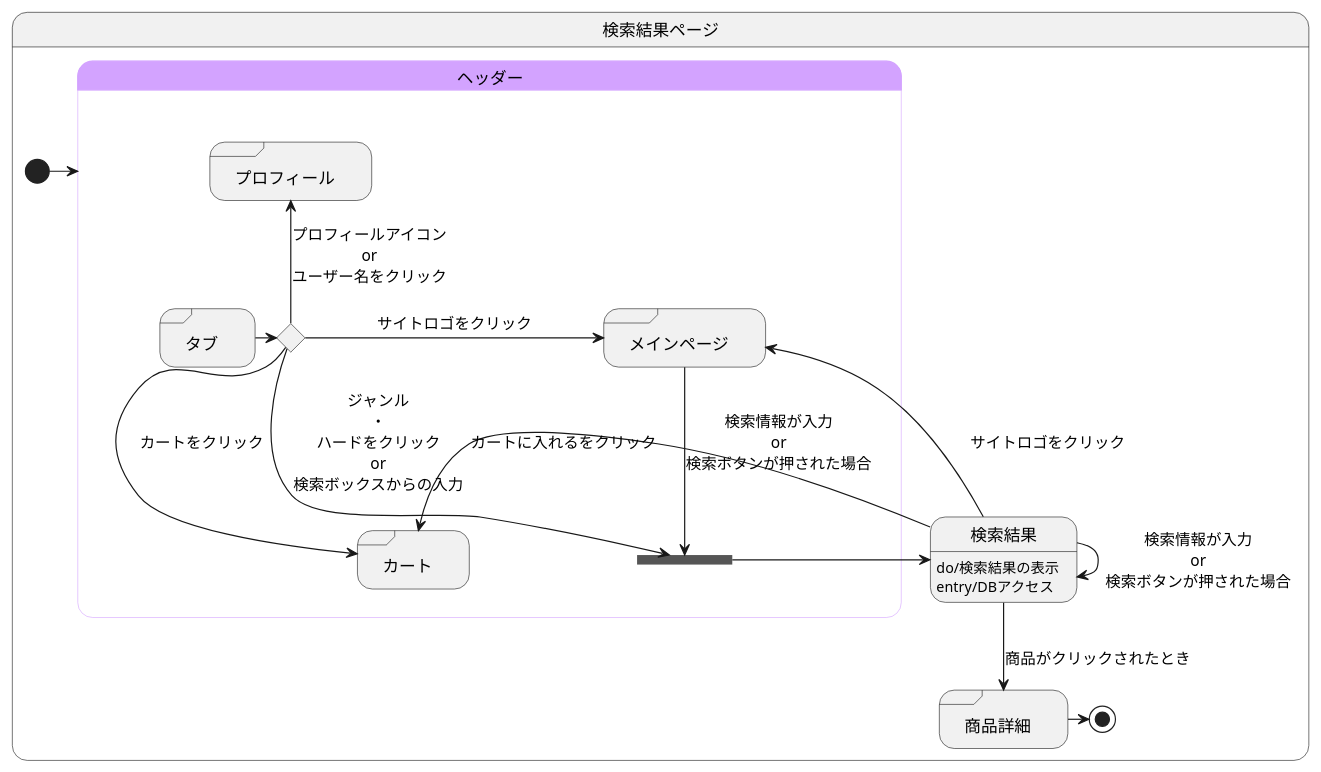
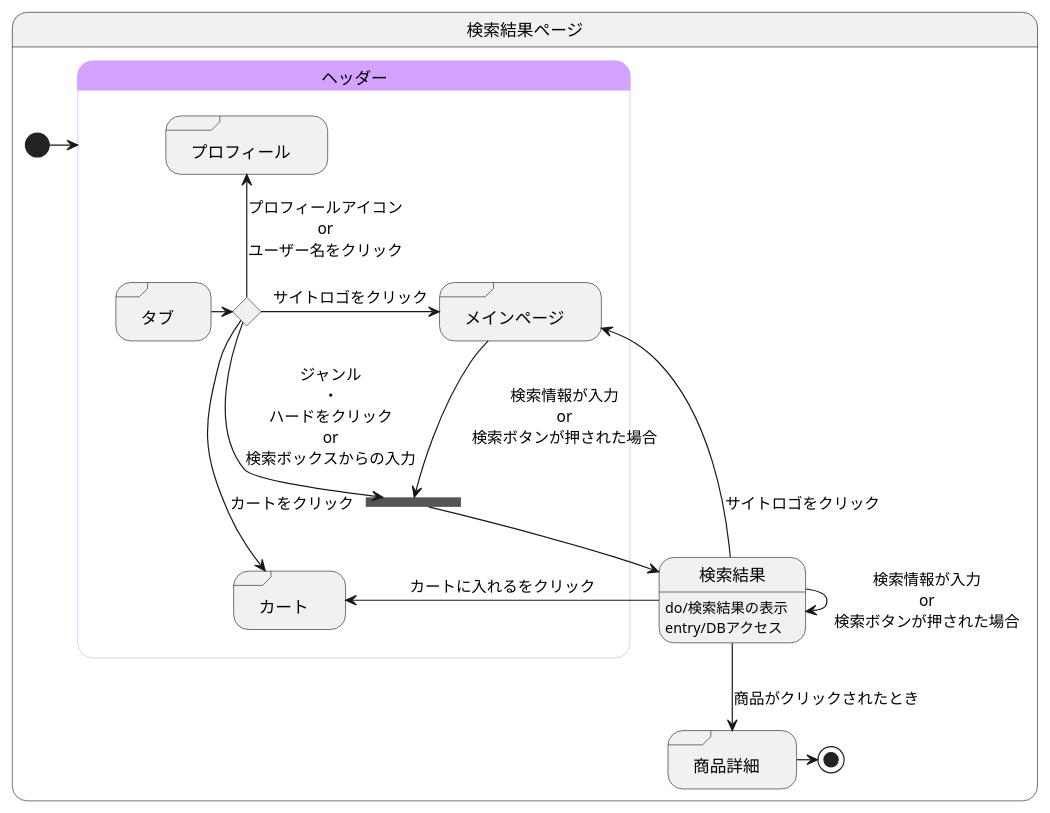
The diagram in 検索結果.md (akutori/T-D-E), drawn with PlantUML before and after one commit.

Commit message:
修正

````diff
--- a/検索結果.md
+++ b/検索結果.md
@@ -1,45 +1,45 @@
 ```uml
 @startuml
 state 検索結果ページ{
 
 
     state 検索結果:do/検索結果の表示
     state 検索結果:entry/DBアクセス
     state "商品詳細" as goodsdetail <<sdlreceive>>
     
 
 
     [*] -> ヘッダー
     
     検索結果 --> goodsdetail :商品がクリックされたとき
     検索結果 --> 検索結果 :検索情報が入力\nor\n検索ボタンが押された場合
     goodsdetail -> [*]
     
 
     state ヘッダー<<headder>>{
         state join_header <<join>>
         state ifinput <<choice>>
         state "タブ" as tab <<sdlreceive>>
         state "カート" as cart <<sdlreceive>>
         state "プロフィール" as profile <<sdlreceive>>
         state "メインページ" as mainpage <<sdlreceive>>
 
         tab -> ifinput 
-        ifinput --> cart :カートをクリック
+        ifinput ---> cart :カートをクリック
         ifinput -up-> profile :プロフィールアイコン\nor\nユーザー名をクリック
         ifinput -> mainpage :サイトロゴをクリック
         ifinput -left-> join_header :ジャンル\n・\nハードをクリック\nor\n検索ボックスからの入力
 
         mainpage --> join_header :検索情報が入力\nor\n検索ボタンが押された場合
         検索結果 -> mainpage :サイトロゴをクリック
-        join_header --> 検索結果
+        join_header ---> 検索結果
         検索結果 -> cart : カートに入れるをクリック
     }
 
     skinparam stateBorderColor<<headder>> #d3a3ff
     state ヘッダー #d3a3ff
 
 }
 
 @enduml
 ```
````
